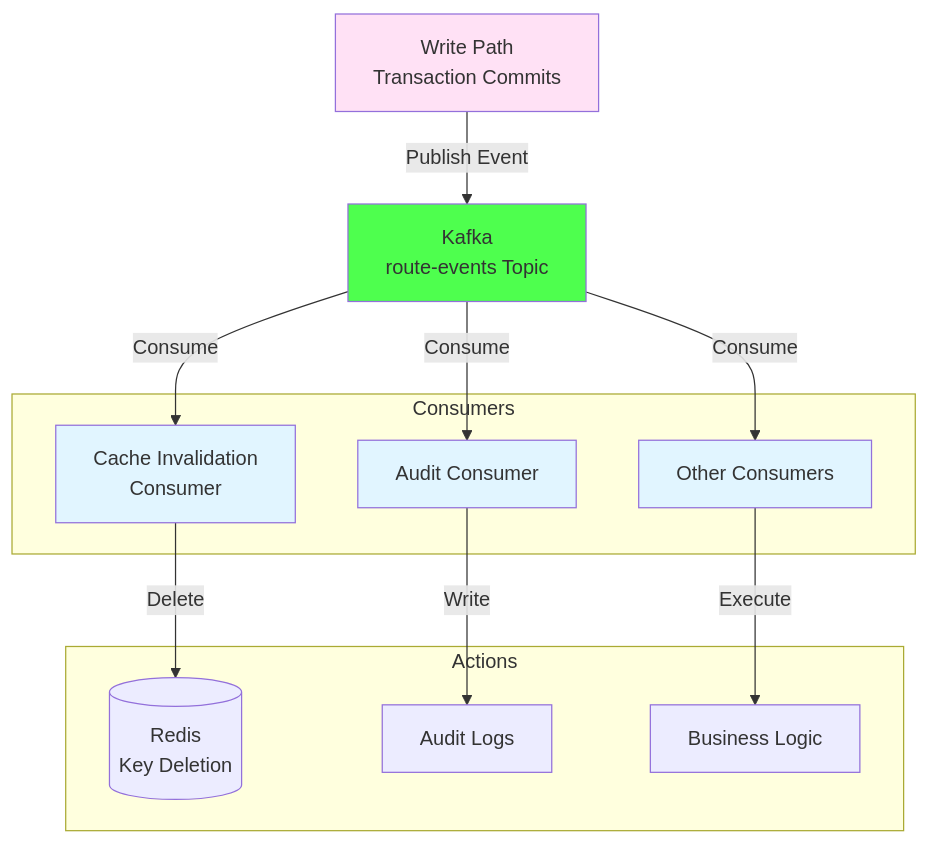
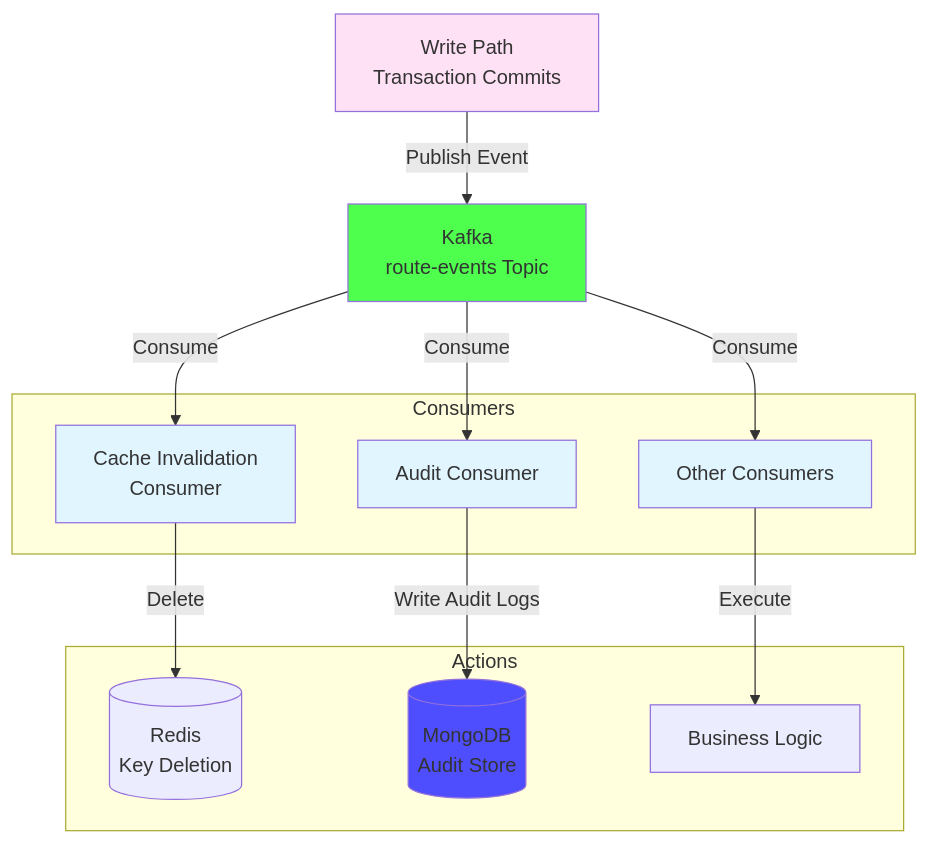
Before and after one commit to iamtahmad1/traffic-manager: the sixth of 13 diagrams in architecture/diagrams.md, drawn with Mermaid. The commit also changed other lines of this file and 16 other files, not shown here.

````diff
--- a/architecture/diagrams.md
+++ b/architecture/diagrams.md
@@ -235,32 +243,33 @@
 ```mermaid
 graph TD
     WP[Write Path<br/>Transaction Commits]
     KF[Kafka<br/>route-events Topic]
     
     subgraph "Consumers"
         CI[Cache Invalidation<br/>Consumer]
         AU[Audit Consumer]
         OT[Other Consumers]
     end
     
     subgraph "Actions"
         RD[(Redis<br/>Key Deletion)]
-        AL[Audit Logs]
+        MD[(MongoDB<br/>Audit Store)]
         BL[Business Logic]
     end
     
     WP -->|Publish Event| KF
     KF -->|Consume| CI
     KF -->|Consume| AU
     KF -->|Consume| OT
     
     CI -->|Delete| RD
-    AU -->|Write| AL
+    AU -->|Write Audit Logs| MD
     OT -->|Execute| BL
     
     style WP fill:#ffe1f5
     style KF fill:#4eff4e
     style CI fill:#e1f5ff
     style AU fill:#e1f5ff
     style OT fill:#e1f5ff
+    style MD fill:#4e4eff
 ```
````
